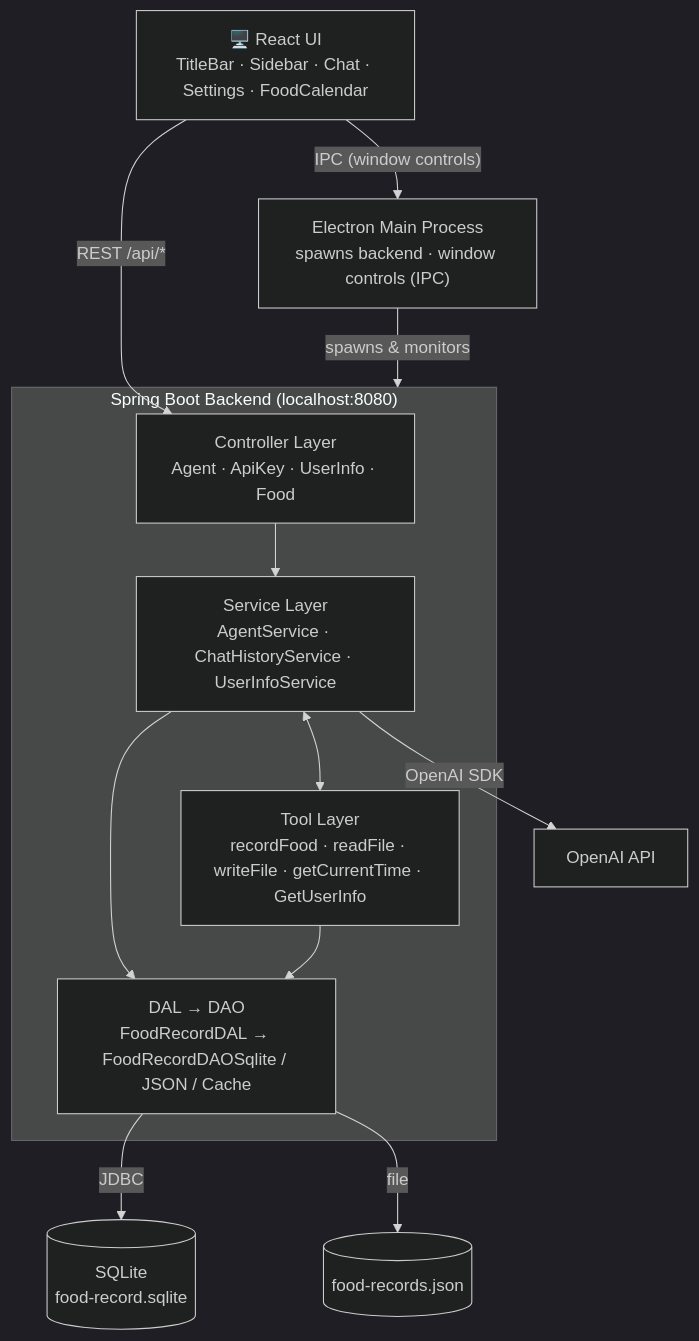
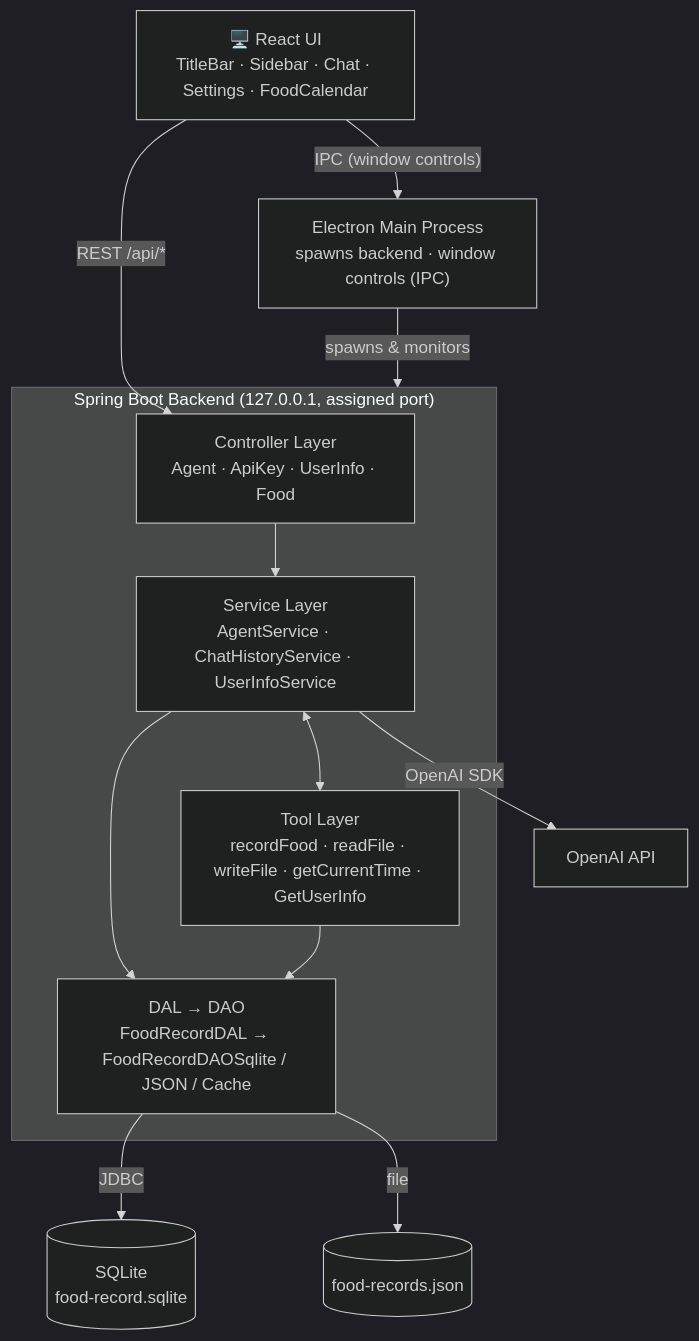
The diagram in README.md (phanmi/tyler_agent), drawn with Mermaid (dark theme) before and after one commit. The commit also changed other lines of this file and 15 other files, not shown here.

Commit message:
added port security measure to make sure that backend and frontend can only listen to each other, and fix a problem where if port 8080 and 5173 is already taken, the application will not start up.

````diff
--- a/README.md
+++ b/README.md
@@ -35,25 +35,25 @@
 ```mermaid
 flowchart TB
     UI["🖥️ React UI<br/>TitleBar · Sidebar · Chat · Settings · FoodCalendar"]
     MAIN["Electron Main Process<br/>spawns backend · window controls (IPC)"]
 
-    subgraph BE["Spring Boot Backend (localhost:8080)"]
+    subgraph BE["Spring Boot Backend (127.0.0.1, assigned port)"]
         CTRL["Controller Layer<br/>Agent · ApiKey · UserInfo · Food"]
         SVC["Service Layer<br/>AgentService · ChatHistoryService · UserInfoService"]
         TOOL["Tool Layer<br/>recordFood · readFile · writeFile · getCurrentTime · GetUserInfo"]
         DAL["DAL → DAO<br/>FoodRecordDAL → FoodRecordDAOSqlite / JSON / Cache"]
     end
 
     UI -->|"REST /api/*"| CTRL
     UI -->|"IPC (window controls)"| MAIN
     MAIN -->|"spawns & monitors"| BE
 
     CTRL --> SVC
     SVC <--> TOOL
     SVC --> DAL
     TOOL --> DAL
 
     DAL -->|"JDBC"| SQLITE[("SQLite<br/>food-record.sqlite")]
     DAL -->|"file"| JSON[("food-records.json")]
     SVC -->|"OpenAI SDK"| OPENAI["OpenAI API"]
 ```
````
